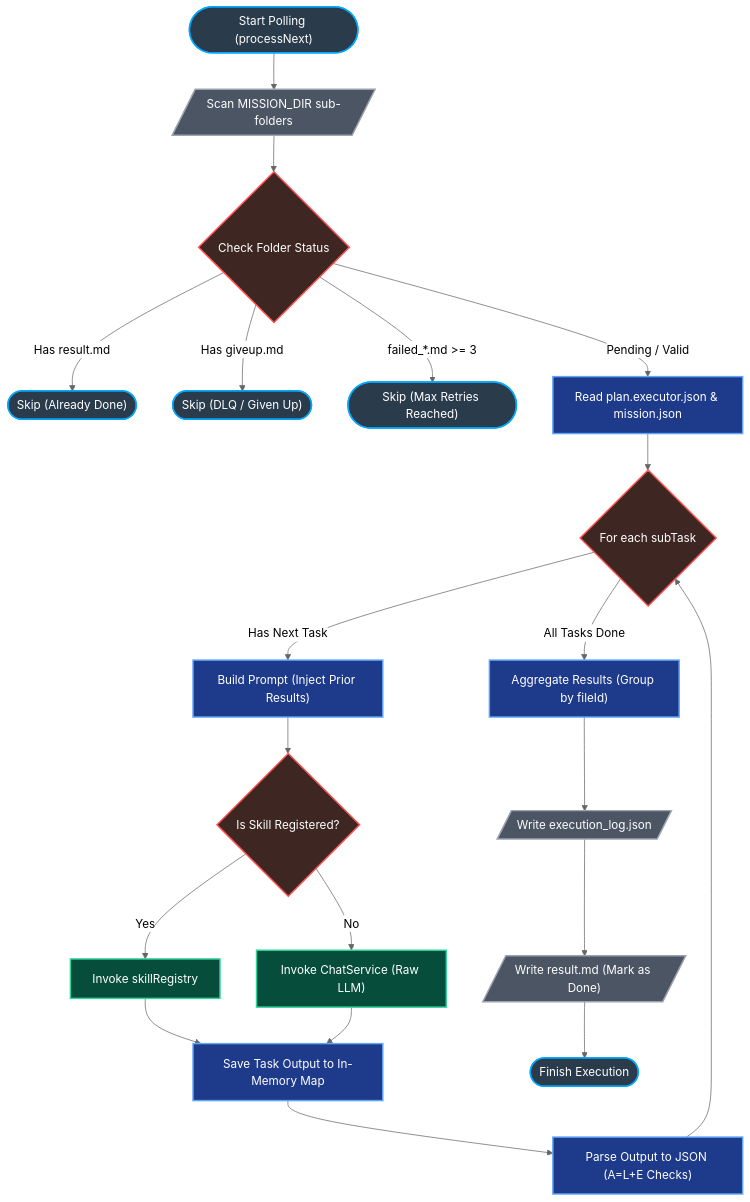
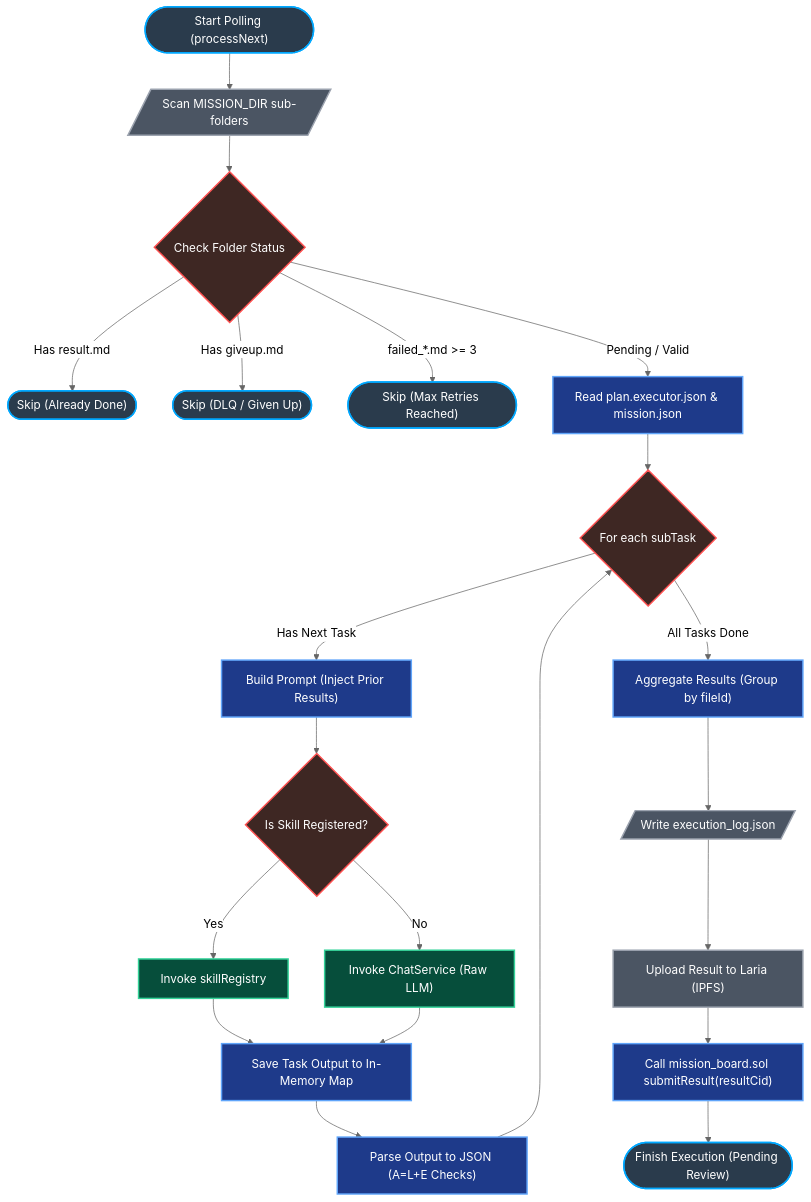
Before and after one commit to CAFECA-IO/iSunFA: the diagram in documents/architecture/async_workers/00_async_worker_overview.md, drawn with Mermaid (neutral theme). The commit also changed 11 other files, not shown here.

````diff
--- a/documents/architecture/async_workers/00_async_worker_overview.md
+++ b/documents/architecture/async_workers/00_async_worker_overview.md
@@ -13,37 +13,38 @@
 ```mermaid
 graph TD
     %% Define Node Styles
     classDef start_end fill:#2A3B4C,stroke:#00A8FF,stroke-width:2px,color:#fff;
     classDef decision fill:#3E2723,stroke:#FF5252,stroke-width:2px,color:#fff;
     classDef process fill:#1E3A8A,stroke:#60A5FA,stroke-width:2px,color:#fff;
     classDef ai fill:#064E3B,stroke:#34D399,stroke-width:2px,color:#fff;
     classDef storage fill:#4B5563,stroke:#9CA3AF,stroke-width:2px,color:#fff,shape:cylinder;
 
     Start(["Start Polling (processNext)"]):::start_end --> ScanDir[/"Scan MISSION_DIR sub-folders"/]:::storage
 
     ScanDir --> CheckFolder{"Check Folder Status"}:::decision
 
     CheckFolder -- "Has result.md" --> Skip1(["Skip (Already Done)"]):::start_end
     CheckFolder -- "Has giveup.md" --> Skip2(["Skip (DLQ / Given Up)"]):::start_end
     CheckFolder -- "failed_*.md >= 3" --> Skip3(["Skip (Max Retries Reached)"]):::start_end
     CheckFolder -- "Pending / Valid" --> ReadPlan["Read plan.executor.json & mission.json"]:::process
 
     ReadPlan --> LoopStart{"For each subTask"}:::decision
 
     LoopStart -- "Has Next Task" --> BuildPrompt["Build Prompt (Inject Prior Results)"]:::process
     BuildPrompt --> CheckSkill{"Is Skill Registered?"}:::decision
 
     CheckSkill -- "Yes" --> InvokeSkill["Invoke skillRegistry"]:::ai
     CheckSkill -- "No" --> InvokeLLM["Invoke ChatService (Raw LLM)"]:::ai
 
     InvokeSkill --> SavePrior["Save Task Output to In-Memory Map"]:::process
     InvokeLLM --> SavePrior
 
     SavePrior --> ParseJSON["Parse Output to JSON (A=L+E Checks)"]:::process
     ParseJSON --> LoopStart
 
     LoopStart -- "All Tasks Done" --> Aggregation["Aggregate Results (Group by fileId)"]:::process
     Aggregation --> WriteAudit[/"Write execution_log.json"/]:::storage
-    WriteAudit --> WriteResult[/"Write result.md (Mark as Done)"/]:::storage
-    WriteResult --> End(["Finish Execution"]):::start_end
+    WriteAudit --> UploadIPFS["Upload Result to Laria (IPFS)"]:::storage
+    UploadIPFS --> SubmitResult["Call mission_board.sol submitResult(resultCid)"]:::process
+    SubmitResult --> End(["Finish Execution (Pending Review)"]):::start_end
 ```
````
